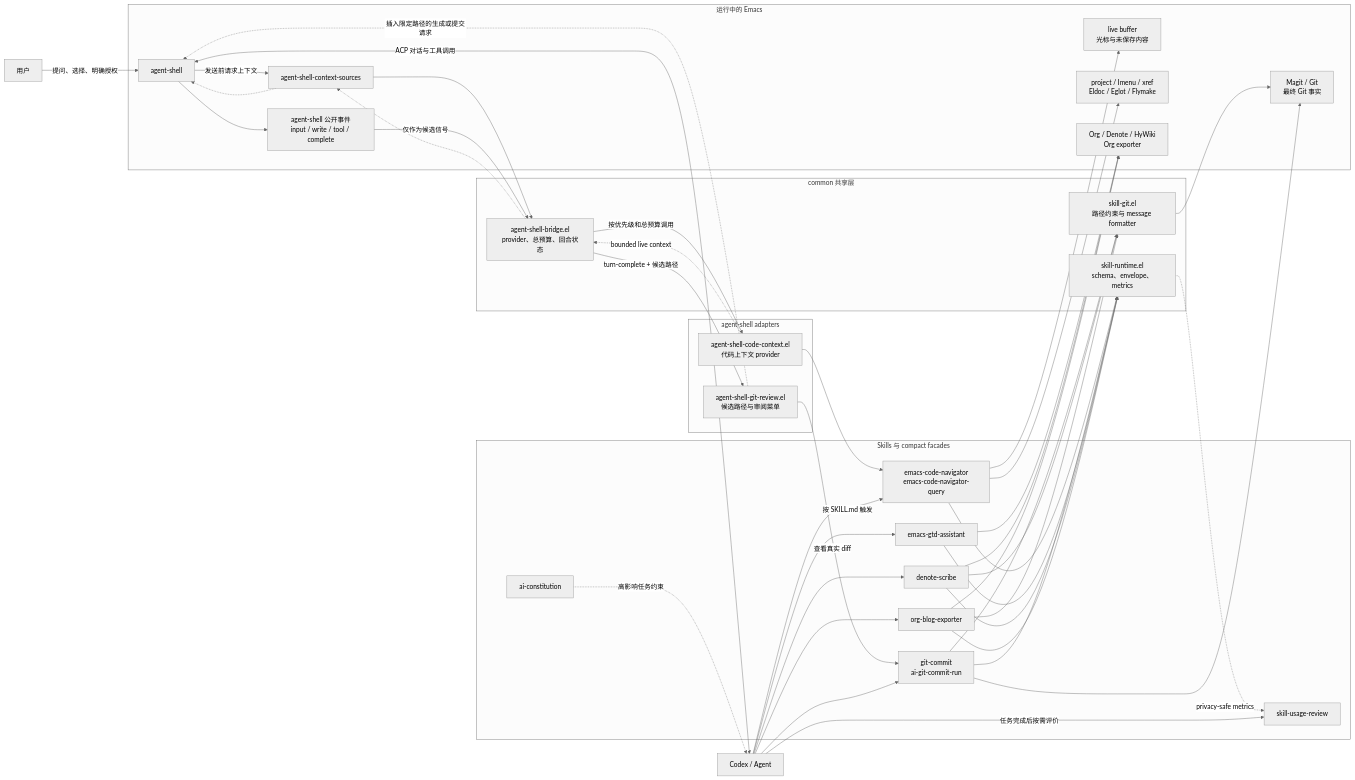
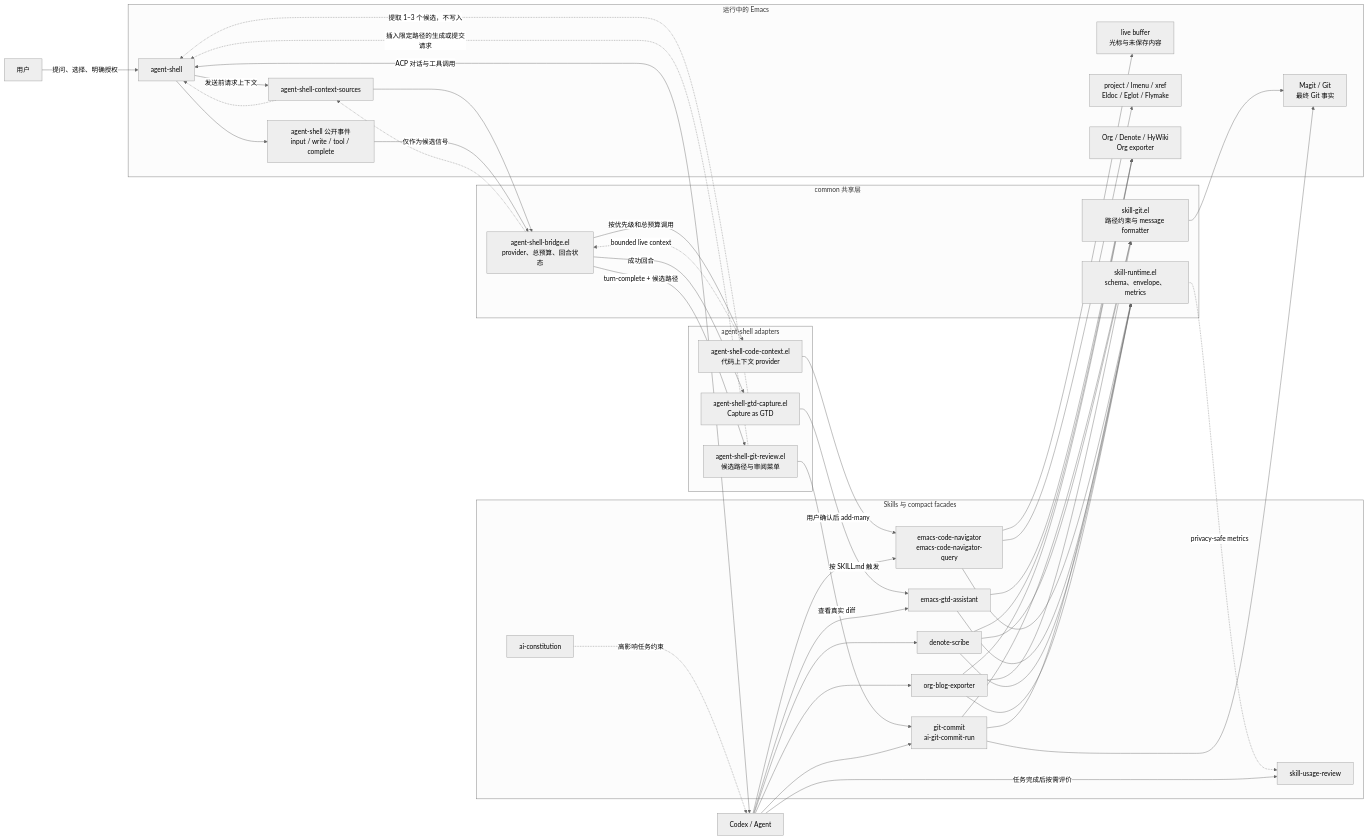
The diagram in README.md (zorowk/skills), drawn with Mermaid (neutral theme) before and after one commit. The commit also changed other lines of this file and 7 other files, not shown here.

First line of the commit message:
feat(gtd): capture confirmed agent-shell follow-up work

```diff
--- a/README.md
+++ b/README.md
@@ -52,6 +52,7 @@
     subgraph ADAPTERS["agent-shell adapters"]
         CODECTX["agent-shell-code-context.el<br/>代码上下文 provider"]
         GITUI["agent-shell-git-review.el<br/>候选路径与审阅菜单"]
+        GTDUI["agent-shell-gtd-capture.el<br/>Capture as GTD"]
     end
 
     subgraph SKILLS["Skills 与 compact facades"]
@@ -82,6 +83,9 @@
     BRIDGE -->|"turn-complete + 候选路径"| GITUI
     GITUI -->|"查看真实 diff"| COMMIT
     GITUI -.->|"插入限定路径的生成或提交请求"| AS
+    BRIDGE -->|"成功回合"| GTDUI
+    GTDUI -.->|"提取 1–3 个候选，不写入"| AS
+    GTDUI -->|"用户确认后 add-many"| GTD
 
     AGENT -->|"按 SKILL.md 触发"| NAV
     AGENT --> COMMIT
```
